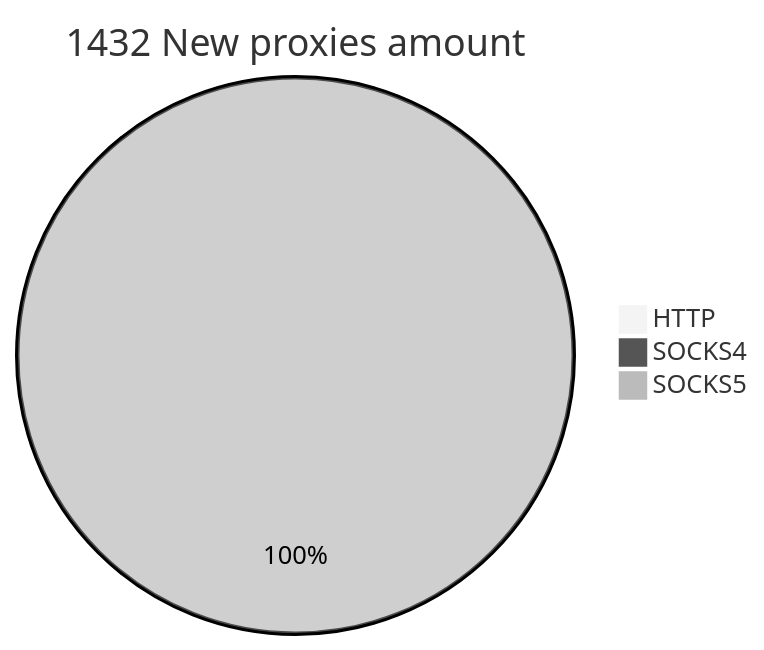
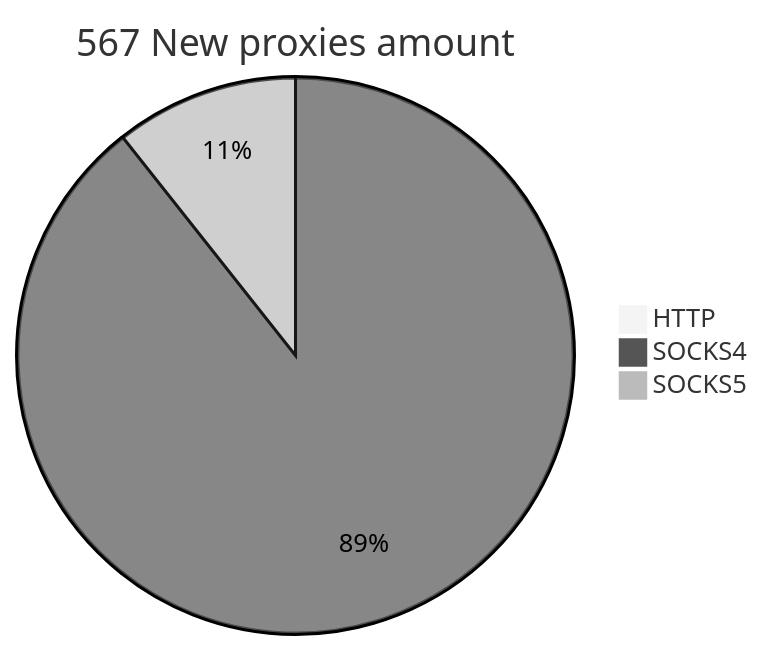
Before and after one commit to cutipu/proxylist: the second of 2 diagrams in README.md, drawn with Mermaid (neutral theme). The commit also changed other lines of this file, not shown here.

````diff
--- a/README.md
+++ b/README.md
@@ -10,6 +10,6 @@
 ```mermaid
-pie title 1432 New proxies amount
+pie title 567 New proxies amount
     "HTTP" : 0
-    "SOCKS4" : 0
-    "SOCKS5" : 2092
+    "SOCKS4" : 612
+    "SOCKS5" : 73
 ```
````
